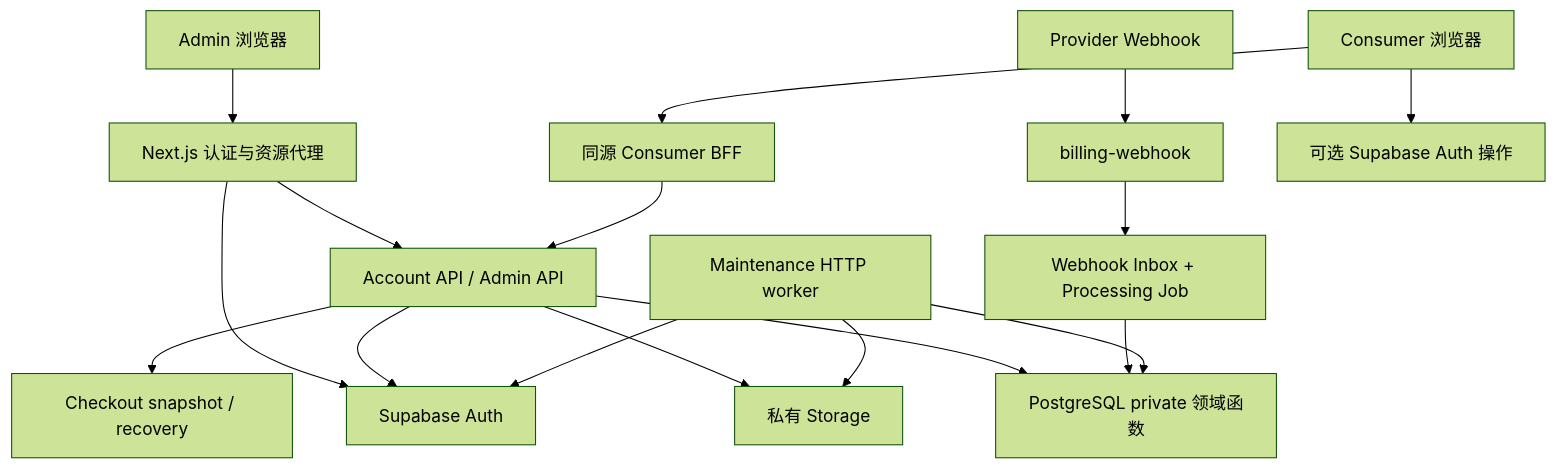
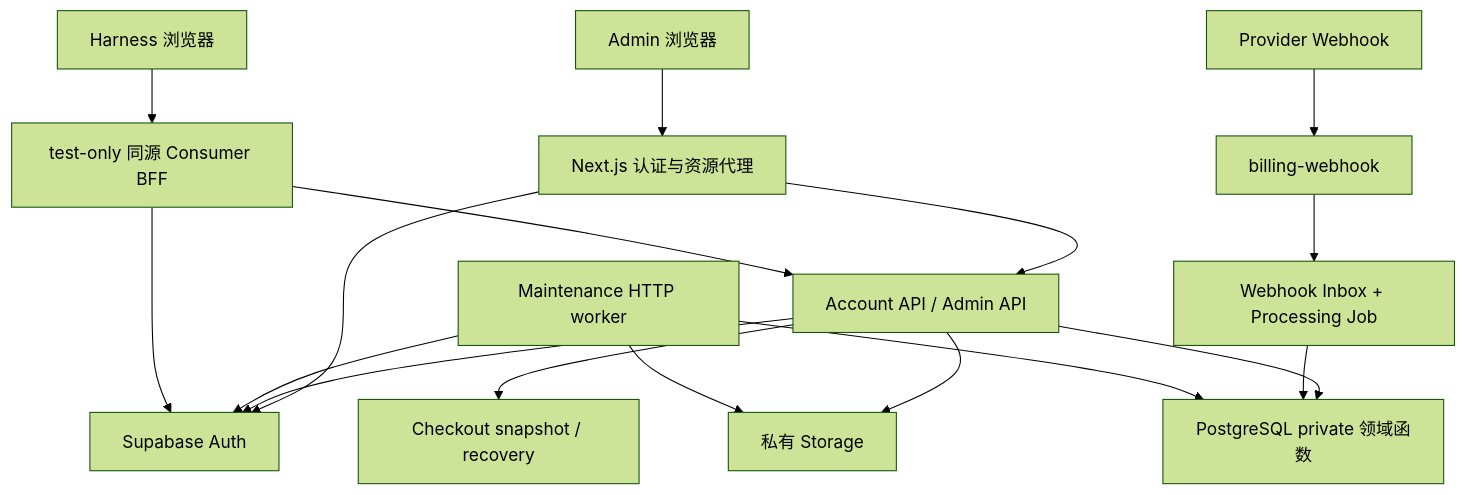
The diagram in docs/architecture/overview.md (aisenhub/Aisenhubplatform), drawn with Mermaid (forest theme) before and after one commit. The commit also changed other lines of this file and 21 other files, not shown here.

Commit message:
docs(consumer): finalize lab and harness migration

````diff
--- a/docs/architecture/overview.md
+++ b/docs/architecture/overview.md
@@ -22,19 +23,19 @@
 ```mermaid
 flowchart TD
   Admin[Admin 浏览器] --> Next[Next.js 认证与资源代理]
   Next --> Auth[Supabase Auth]
   Next --> API[Account API / Admin API]
   API --> Auth
   API --> SQL[PostgreSQL private 领域函数]
   API --> Storage[私有 Storage]
   API --> Checkout[Checkout snapshot / recovery]
   Provider[Provider Webhook] --> Webhook[billing-webhook]
   Webhook --> Inbox[Webhook Inbox + Processing Job]
   Inbox --> SQL
   Worker[Maintenance HTTP worker] --> SQL
   Worker --> Storage
   Worker --> Auth
-  Preview[Consumer 浏览器] --> PreviewBff[同源 Consumer BFF]
-  PreviewBff --> API
-  Preview --> OptionalAuth[可选 Supabase Auth 操作]
+  Harness[Harness 浏览器] --> HarnessBff[test-only 同源 Consumer BFF]
+  HarnessBff --> API
+  HarnessBff --> Auth
 ```
````
